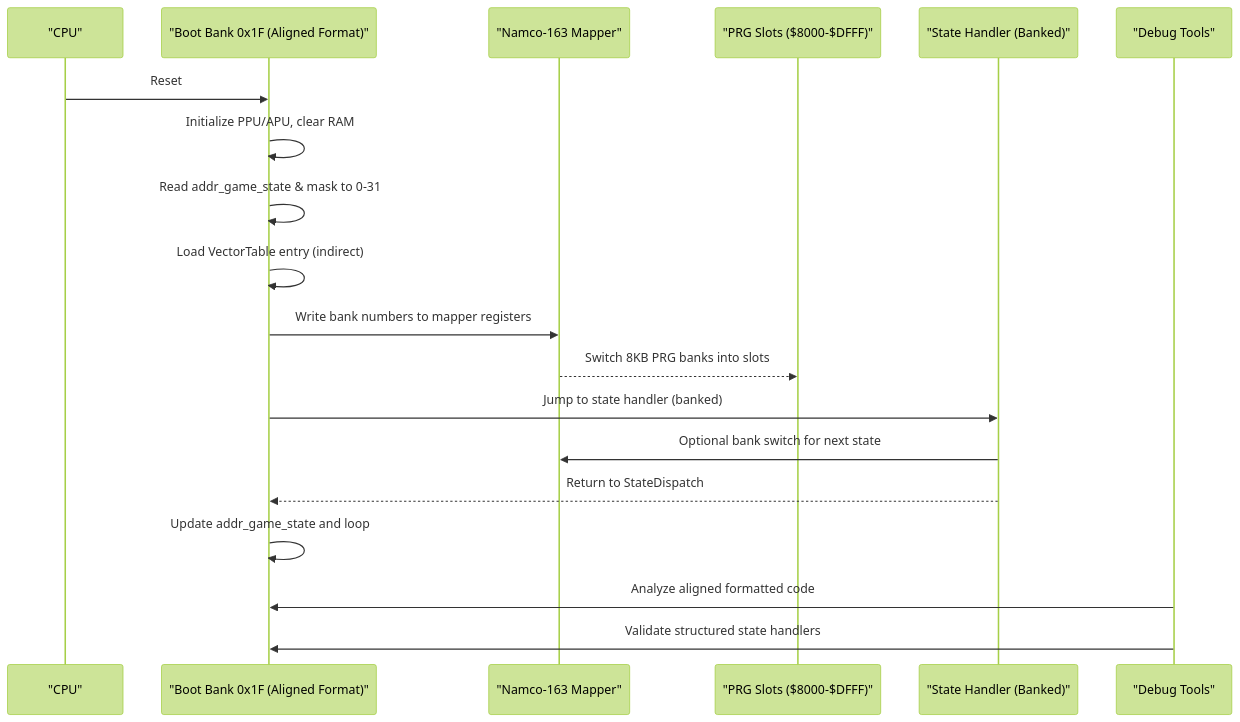
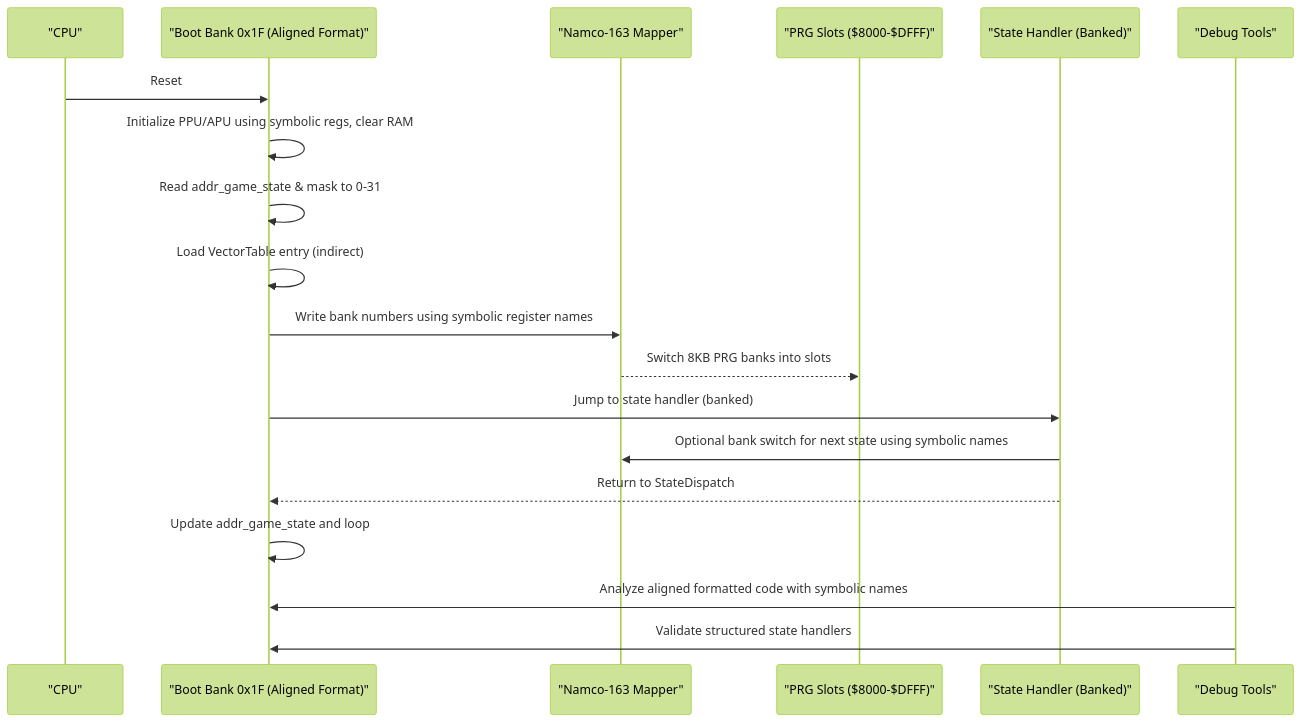
Before and after one commit to rabbyzero/sango2dasm: the second of 9 diagrams in .qoder/repowiki/en/content/Assembly Architecture/Assembly Architecture.md, drawn with Mermaid (forest theme). The commit also changed other lines of this file and 23 other files, not shown here.

````diff
--- a/.qoder/repowiki/en/content/Assembly Architecture/Assembly Architecture.md
+++ b/.qoder/repowiki/en/content/Assembly Architecture/Assembly Architecture.md
@@ -120,21 +120,21 @@
 ```mermaid
 sequenceDiagram
 participant CPU as "CPU"
 participant BOOT as "Boot Bank 0x1F (Aligned Format)"
 participant MAP as "Namco-163 Mapper"
 participant SLOTS as "PRG Slots ($8000-$DFFF)"
 participant STATE as "State Handler (Banked)"
 participant DEBUG as "Debug Tools"
 CPU->>BOOT : Reset
-BOOT->>BOOT : Initialize PPU/APU, clear RAM
+BOOT->>BOOT : Initialize PPU/APU using symbolic regs, clear RAM
 BOOT->>BOOT : Read addr_game_state & mask to 0-31
 BOOT->>BOOT : Load VectorTable entry (indirect)
-BOOT->>MAP : Write bank numbers to mapper registers
+BOOT->>MAP : Write bank numbers using symbolic register names
 MAP-->>SLOTS : Switch 8KB PRG banks into slots
 BOOT->>STATE : Jump to state handler (banked)
-STATE->>MAP : Optional bank switch for next state
+STATE->>MAP : Optional bank switch for next state using symbolic names
 STATE-->>BOOT : Return to StateDispatch
 BOOT->>BOOT : Update addr_game_state and loop
-DEBUG->>BOOT : Analyze aligned formatted code
+DEBUG->>BOOT : Analyze aligned formatted code with symbolic names
 DEBUG->>BOOT : Validate structured state handlers
 ```
````
